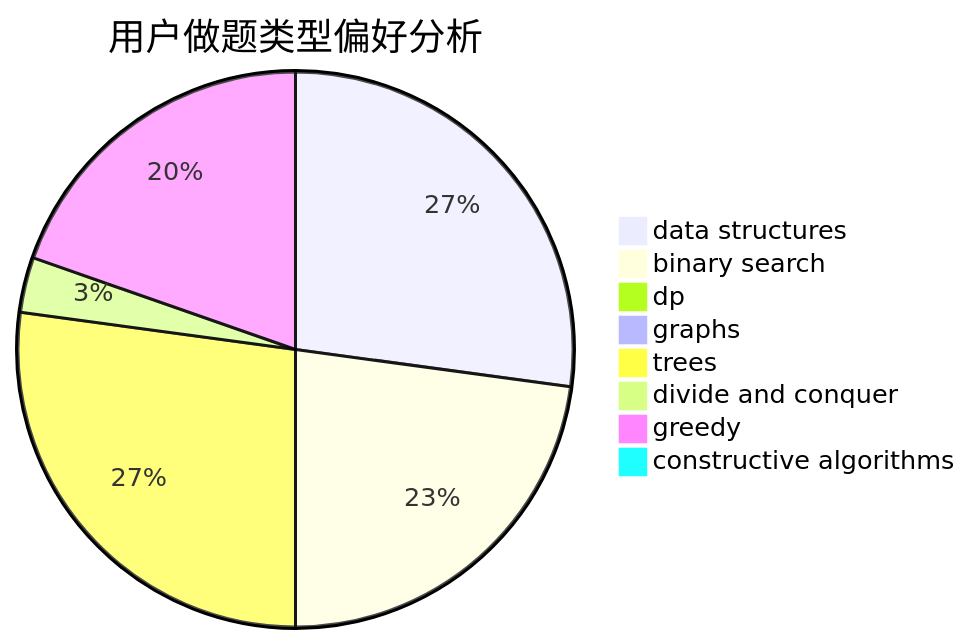
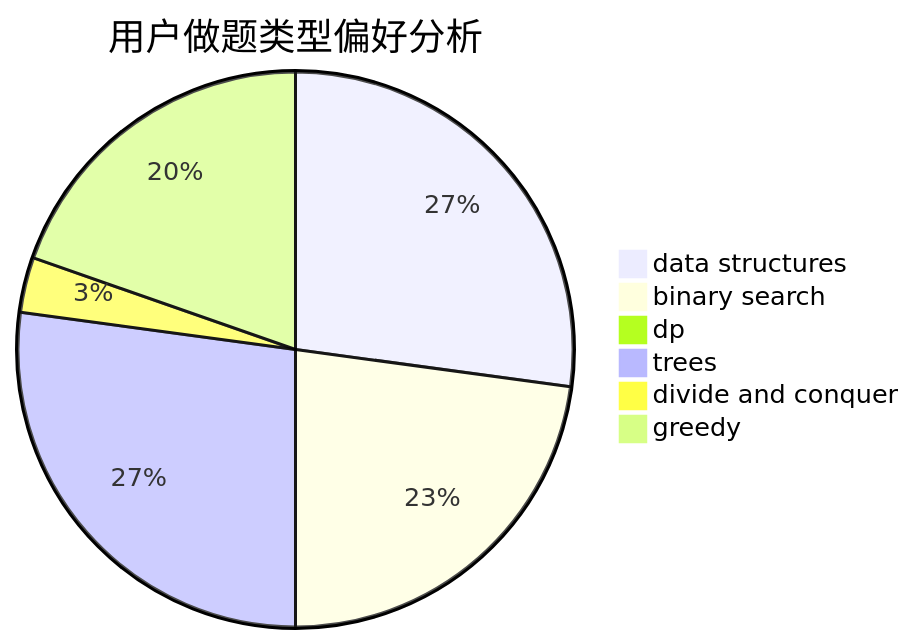
The second of 3 diagrams in docs/user/u358.md (sherpahu/cfrs.github.io), drawn with Mermaid before and after one commit. The commit also changed other lines of this file and 2770 other files, not shown here.

````diff
--- a/docs/user/u358.md
+++ b/docs/user/u358.md
@@ -18,11 +17,9 @@
 ```mermaid
 pie title 用户做题类型偏好分析
     "data structures" :  76
     "binary search" :  64
     "dp" :  2
-    "graphs" :  0
     "trees" :  76
     "divide and conquer" :  9
     "greedy" :  55
-    "constructive algorithms" :  0
 ```
````
